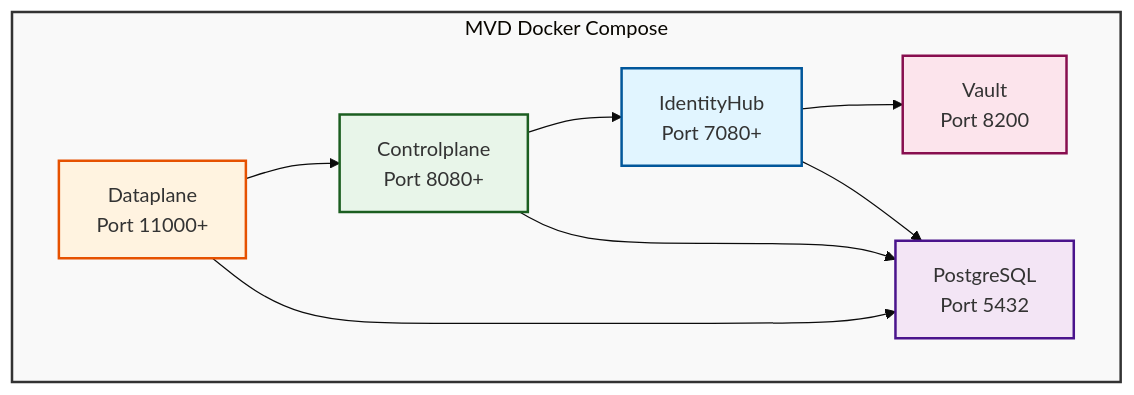
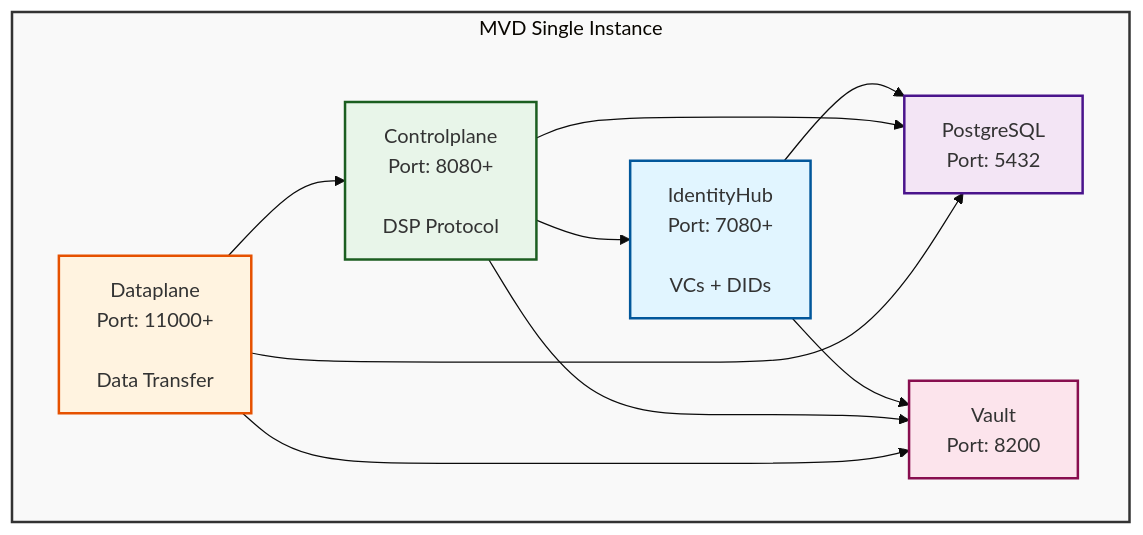
The diagram in README.md (fundacionctic/edc-mvd-deploy-kit), drawn with Mermaid (base theme) before and after one commit. The commit also changed other lines of this file and 7 other files, not shown here.

Commit message:
🗑️ Remove outdated documentation files including ARCHITECTURE.md, BRANCH_CHECK_GUIDE.md, CHANGELOG.md, DEPLOYMENT_CHECKLIST.md, INDEX.md, QUICKSTART.md, SUMMARY.md to streamline the repository and focus on essential resources.

````diff
--- a/README.md
+++ b/README.md
@@ -19,24 +26,26 @@
 ```mermaid
 graph TB
-    subgraph MVD["MVD Docker Compose"]
-        IH["IdentityHub<br/>Port 7080+"]
-        CP["Controlplane<br/>Port 8080+"]
-        DP["Dataplane<br/>Port 11000+"]
-        V["Vault<br/>Port 8200"]
-        PG["PostgreSQL<br/>Port 5432"]
+    subgraph MVD["MVD Single Instance"]
+        IH["IdentityHub<br/>Port: 7080+<br/><br/>VCs + DIDs"]
+        CP["Controlplane<br/>Port: 8080+<br/><br/>DSP Protocol"]
+        DP["Dataplane<br/>Port: 11000+<br/><br/>Data Transfer"]
+        PG["PostgreSQL<br/>Port: 5432"]
+        V["Vault<br/>Port: 8200"]
 
         DP --> CP
         CP --> IH
+        IH --> PG
         IH --> V
-        IH --> PG
         CP --> PG
         DP --> PG
+        CP --> V
+        DP --> V
     end
 
     style MVD fill:#f9f9f9,stroke:#333,stroke-width:2px
     style IH fill:#e1f5ff,stroke:#01579b,stroke-width:2px
     style CP fill:#e8f5e9,stroke:#1b5e20,stroke-width:2px
     style DP fill:#fff3e0,stroke:#e65100,stroke-width:2px
+    style PG fill:#f3e5f5,stroke:#4a148c,stroke-width:2px
     style V fill:#fce4ec,stroke:#880e4f,stroke-width:2px
-    style PG fill:#f3e5f5,stroke:#4a148c,stroke-width:2px
 ```
````
